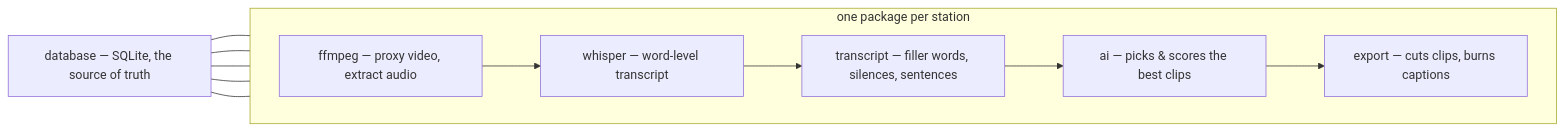
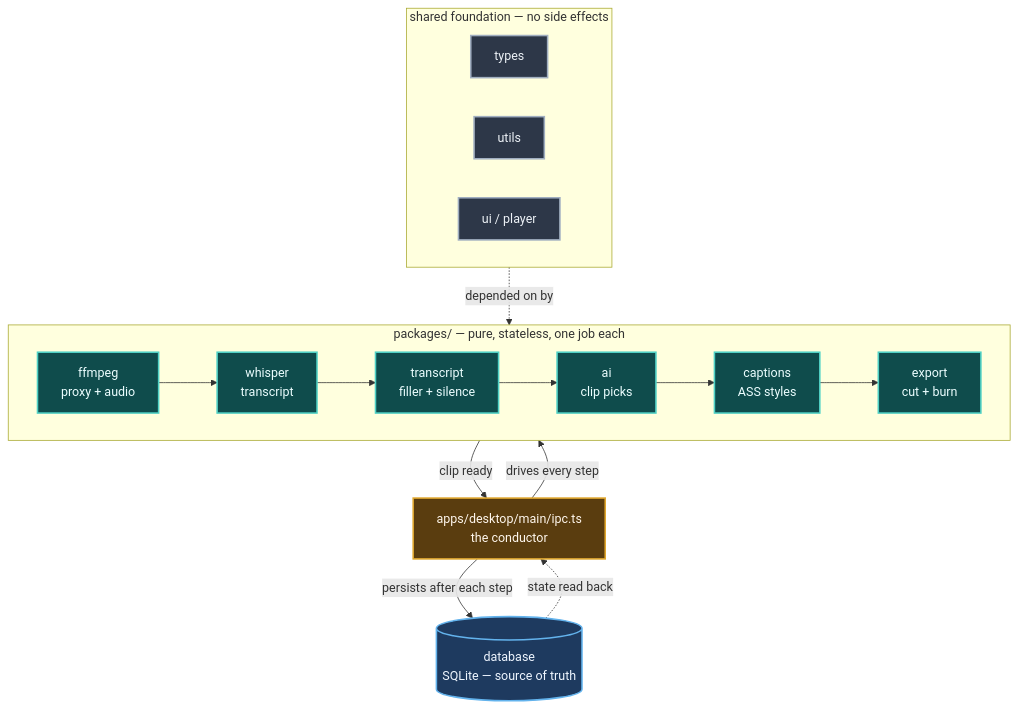
Before and after one commit to PriyeshPandey2000/ai-video-clipper: the second of 2 diagrams in README.md, drawn with Mermaid. The commit also changed other lines of this file, not shown here.

Commit message:
docs(readme): fix architecture diagram accuracy and polish styling
Old diagram wired every package to the database directly, which is
false — only packages/database touches SQLite; everything else is
pure and apps/desktop/src/main/ipc.ts is the actual orchestrator.
Also restored captions/types/utils/ui/player, missing from the first
draft, and gave both diagrams consistent bordered, muted colors.

````diff
--- a/README.md
+++ b/README.md
@@ -65,17 +68,34 @@
 ```mermaid
-flowchart LR
-    subgraph stations[one package per station]
+flowchart TD
+    classDef foundation fill:#2d3748,stroke:#a0aec0,color:#edf2f7,stroke-width:2px
+    classDef engine fill:#0f4c4c,stroke:#4fd1c5,color:#ecfeff,stroke-width:2px
+    classDef orchestrator fill:#5a3d0f,stroke:#e0a72e,color:#fff7ed,stroke-width:2px
+    classDef store fill:#1e3a5f,stroke:#63b3ed,color:#eff6ff,stroke-width:2px
+
+    Main["apps/desktop/main/ipc.ts<br/>the conductor"]:::orchestrator
+    DB[("database<br/>SQLite — source of truth")]:::store
+
+    subgraph line["packages/ — pure, stateless, one job each"]
         direction LR
-        FF["ffmpeg — proxy video, extract audio"]
-        WH["whisper — word-level transcript"]
-        TR["transcript — filler words, silences, sentences"]
-        AI["ai — picks & scores the best clips"]
-        EX["export — cuts clips, burns captions"]
-        FF --> WH --> TR --> AI --> EX
+        FF["ffmpeg<br/>proxy + audio"]:::engine
+        WH["whisper<br/>transcript"]:::engine
+        TR["transcript<br/>filler + silence"]:::engine
+        AI["ai<br/>clip picks"]:::engine
+        CAP["captions<br/>ASS styles"]:::engine
+        EXP["export<br/>cut + burn"]:::engine
+        FF --> WH --> TR --> AI --> CAP --> EXP
     end
-    DB["database — SQLite, the source of truth"] --- FF
-    DB --- WH
-    DB --- TR
-    DB --- AI
-    DB --- EX
+
+    subgraph shared["shared foundation — no side effects"]
+        direction LR
+        TY["types"]:::foundation
+        UT["utils"]:::foundation
+        UI["ui / player"]:::foundation
+    end
+
+    Main -->|drives every step| FF
+    EXP -->|clip ready| Main
+    Main -->|persists after each step| DB
+    DB -.state read back.-> Main
+    shared -.depended on by.-> line
 ```
````
